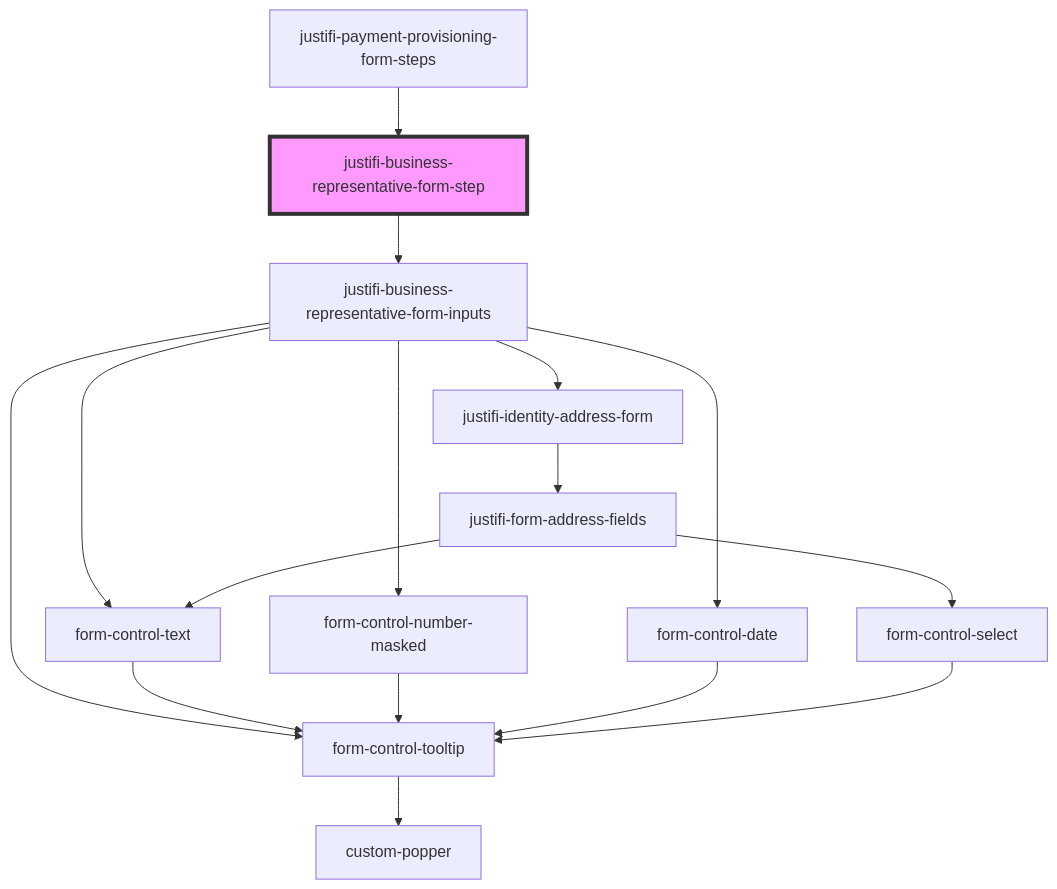
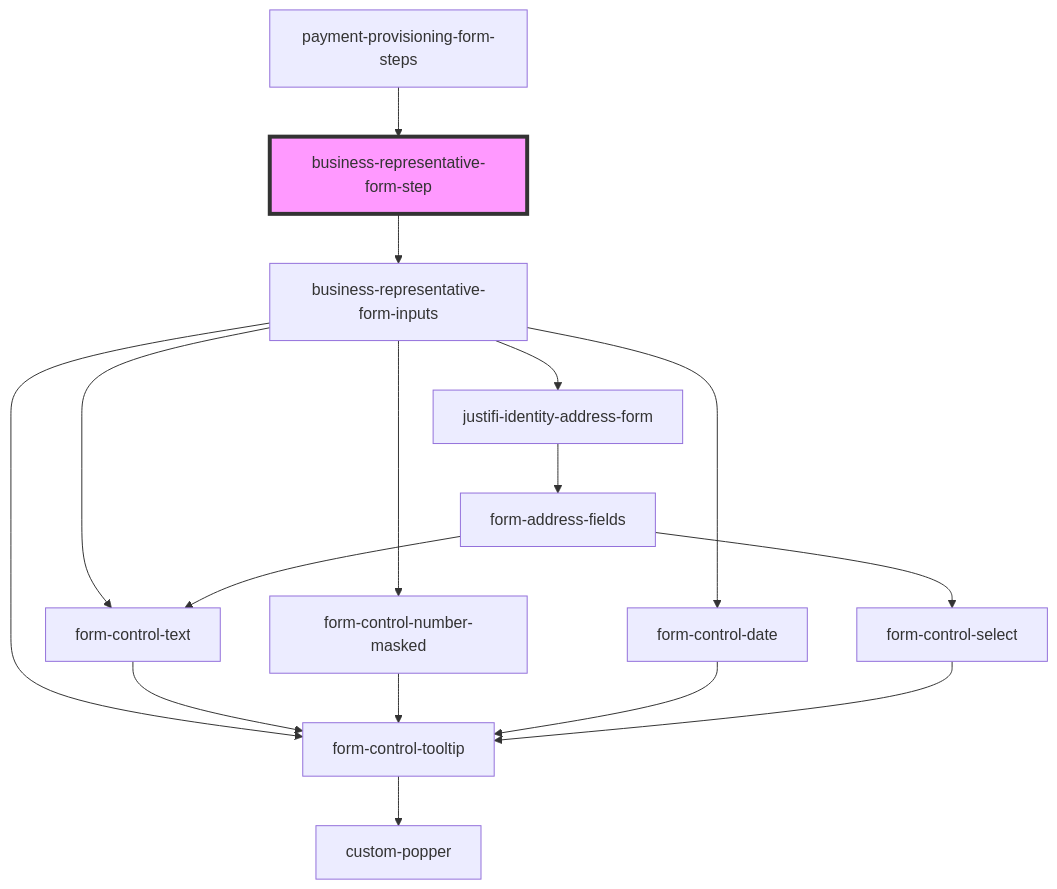
One commit to justifi-tech/web-component-library changed the diagram in packages/webcomponents/src/components/business-forms/payment-provisioning/business-representative/README.md. Above: the diagram before and after it, drawn with Mermaid. The commit also changed other lines of this file and 36 other files, not shown here.

````diff
--- a/packages/webcomponents/src/components/business-forms/payment-provisioning/business-representative/README.md
+++ b/packages/webcomponents/src/components/business-forms/payment-provisioning/business-representative/README.md
@@ -57,19 +57,19 @@
 ```mermaid
 graph TD;
-  justifi-business-representative-form-step --> justifi-business-representative-form-inputs
-  justifi-business-representative-form-inputs --> form-control-tooltip
-  justifi-business-representative-form-inputs --> form-control-text
-  justifi-business-representative-form-inputs --> form-control-number-masked
-  justifi-business-representative-form-inputs --> form-control-date
-  justifi-business-representative-form-inputs --> justifi-identity-address-form
+  business-representative-form-step --> business-representative-form-inputs
+  business-representative-form-inputs --> form-control-tooltip
+  business-representative-form-inputs --> form-control-text
+  business-representative-form-inputs --> form-control-number-masked
+  business-representative-form-inputs --> form-control-date
+  business-representative-form-inputs --> justifi-identity-address-form
   form-control-tooltip --> custom-popper
   form-control-text --> form-control-tooltip
   form-control-number-masked --> form-control-tooltip
   form-control-date --> form-control-tooltip
-  justifi-identity-address-form --> justifi-form-address-fields
-  justifi-form-address-fields --> form-control-text
-  justifi-form-address-fields --> form-control-select
+  justifi-identity-address-form --> form-address-fields
+  form-address-fields --> form-control-text
+  form-address-fields --> form-control-select
   form-control-select --> form-control-tooltip
-  justifi-payment-provisioning-form-steps --> justifi-business-representative-form-step
-  style justifi-business-representative-form-step fill:#f9f,stroke:#333,stroke-width:4px
+  payment-provisioning-form-steps --> business-representative-form-step
+  style business-representative-form-step fill:#f9f,stroke:#333,stroke-width:4px
 ```
````
